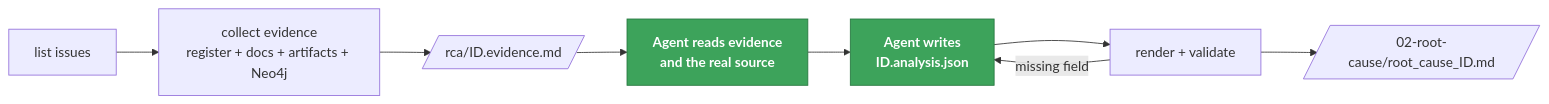
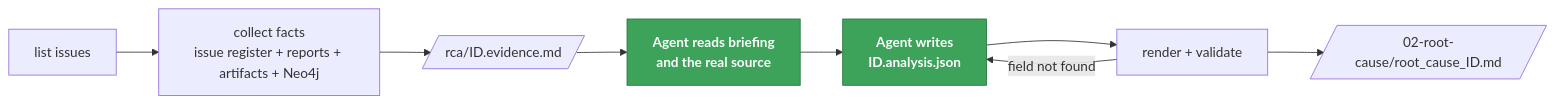
Diagram 15 of 31 in README.md (KrishnaAnnavaram/MARS), drawn with Mermaid before and after one commit. The commit also changed other lines of this file and 1 other file, not shown here.

````diff
--- a/README.md
+++ b/README.md
@@ -820,13 +854,13 @@
 ```mermaid
 flowchart LR
-    L["list issues"] --> C["collect evidence<br/>register + docs + artifacts + Neo4j"]
+    L["list issues"] --> C["collect facts<br/>issue register + reports + artifacts + Neo4j"]
     C --> E[/"rca/ID.evidence.md"/]
-    E --> RD["Agent reads evidence<br/>and the real source"]
+    E --> RD["Agent reads briefing<br/>and the real source"]
     RD --> A["Agent writes<br/>ID.analysis.json"]
     A --> R["render + validate"]
     R --> O[/"02-root-cause/root_cause_ID.md"/]
-    R -->|"missing field"| A
+    R -->|"field not found"| A
 
     classDef agent fill:#3DA35B,stroke:#26773f,color:#fff,font-weight:bold
     class RD,A agent
 ```
````
